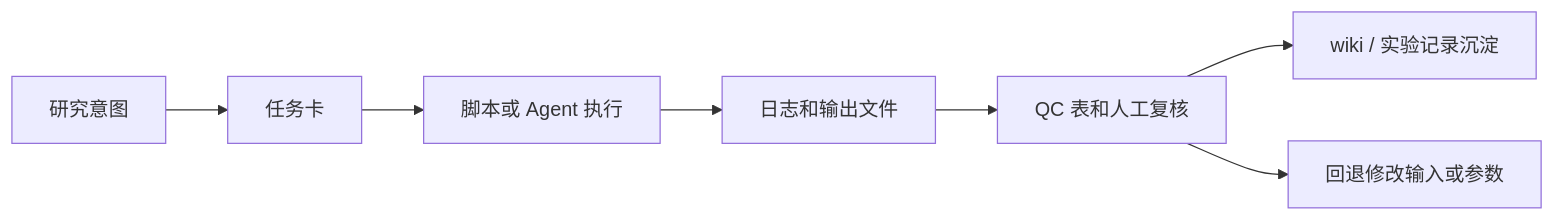
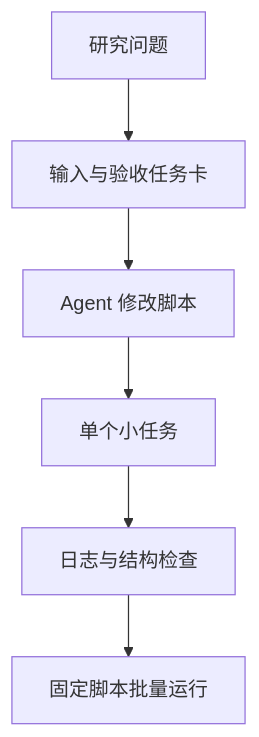
Before and after one commit to luvega/AI_MD: the first of 2 diagrams in book/docs/chapters/chapter-11.md, drawn with Mermaid. The commit also changed other lines of this file and 692 other files, not shown here.

````diff
--- a/book/docs/chapters/chapter-11.md
+++ b/book/docs/chapters/chapter-11.md
@@ -21,9 +22,8 @@
 ```mermaid
-flowchart LR
-  A["研究意图"] --> B["任务卡"]
-  B --> C["脚本或 Agent 执行"]
-  C --> D["日志和输出文件"]
-  D --> E["QC 表和人工复核"]
-  E --> F["wiki / 实验记录沉淀"]
-  E --> G["回退修改输入或参数"]
+flowchart TD
+  A[研究问题] --> B[输入与验收任务卡]
+  B --> C[Agent 修改脚本]
+  C --> D[单个小任务]
+  D --> E[日志与结构检查]
+  E --> F[固定脚本批量运行]
 ```
````
